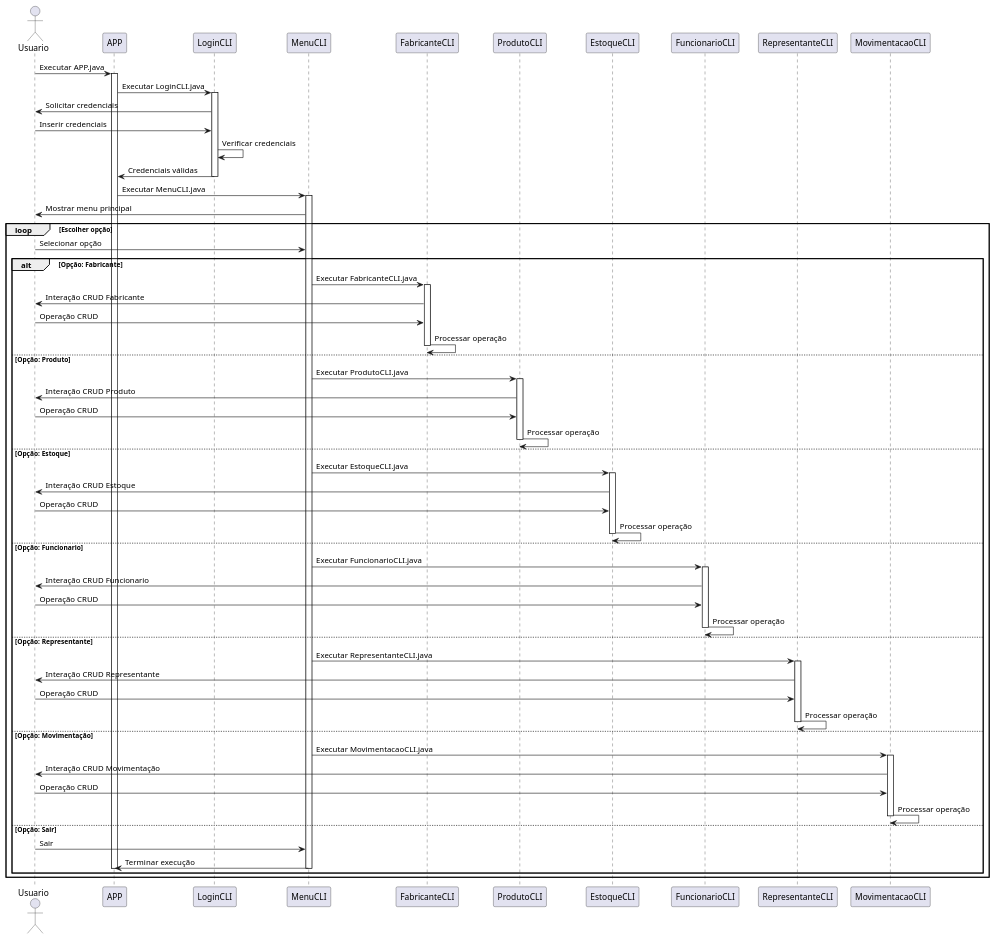
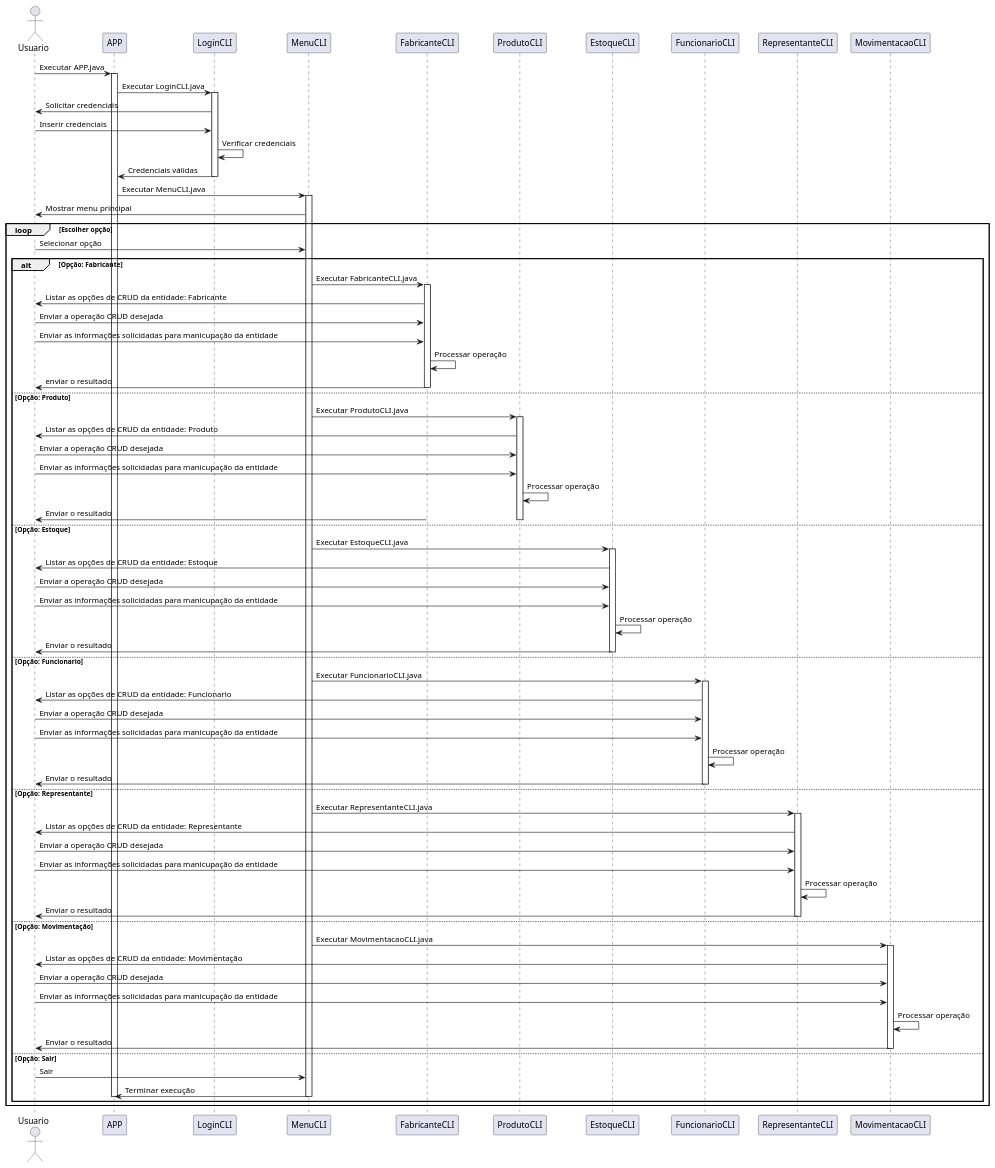
The diagram in docs/diagram/diagramadesequencia.puml (profjosedaniel/controledeestoque), drawn with PlantUML before and after one commit. The commit also changed 4 other files, not shown here.

```diff
--- a/docs/diagram/diagramadesequencia.puml
+++ b/docs/diagram/diagramadesequencia.puml
@@ -1,76 +1,88 @@
 @startuml
 actor Usuario
 participant APP
 participant LoginCLI
 participant MenuCLI
 participant FabricanteCLI
 participant ProdutoCLI
 participant EstoqueCLI
 participant FuncionarioCLI
 participant RepresentanteCLI
 participant MovimentacaoCLI
 
 Usuario -> APP: Executar APP.java
 activate APP
 APP -> LoginCLI: Executar LoginCLI.java
 activate LoginCLI
 LoginCLI -> Usuario: Solicitar credenciais
 Usuario -> LoginCLI: Inserir credenciais
 LoginCLI -> LoginCLI: Verificar credenciais
 LoginCLI -> APP: Credenciais válidas
 deactivate LoginCLI
 APP -> MenuCLI: Executar MenuCLI.java
 activate MenuCLI
 MenuCLI -> Usuario: Mostrar menu principal
 loop Escolher opção
     Usuario -> MenuCLI: Selecionar opção
     alt Opção: Fabricante
         MenuCLI -> FabricanteCLI: Executar FabricanteCLI.java
         activate FabricanteCLI
-        FabricanteCLI -> Usuario: Interação CRUD Fabricante
-        Usuario -> FabricanteCLI: Operação CRUD
+        FabricanteCLI -> Usuario: Listar as opções de CRUD da entidade: Fabricante
+        Usuario -> FabricanteCLI: Enviar a operação CRUD desejada
+        Usuario -> FabricanteCLI: Enviar as informações solicidadas para manicupação da entidade
         FabricanteCLI -> FabricanteCLI: Processar operação
+        FabricanteCLI -> Usuario:  enviar o resultado
         deactivate FabricanteCLI
     else Opção: Produto
         MenuCLI -> ProdutoCLI: Executar ProdutoCLI.java
         activate ProdutoCLI
-        ProdutoCLI -> Usuario: Interação CRUD Produto
-        Usuario -> ProdutoCLI: Operação CRUD
+        ProdutoCLI -> Usuario: Listar as opções de CRUD da entidade: Produto
+        Usuario -> ProdutoCLI: Enviar a operação CRUD desejada
+        Usuario -> ProdutoCLI: Enviar as informações solicidadas para manicupação da entidade
         ProdutoCLI -> ProdutoCLI: Processar operação
+        FabricanteCLI -> Usuario:  Enviar o resultado
         deactivate ProdutoCLI
     else Opção: Estoque
         MenuCLI -> EstoqueCLI: Executar EstoqueCLI.java
         activate EstoqueCLI
-        EstoqueCLI -> Usuario: Interação CRUD Estoque
-        Usuario -> EstoqueCLI: Operação CRUD
+        EstoqueCLI -> Usuario: Listar as opções de CRUD da entidade: Estoque
+        Usuario -> EstoqueCLI: Enviar a operação CRUD desejada
+        Usuario -> EstoqueCLI: Enviar as informações solicidadas para manicupação da entidade
         EstoqueCLI -> EstoqueCLI: Processar operação
+        EstoqueCLI -> Usuario: Enviar o resultado
         deactivate EstoqueCLI
     else Opção: Funcionario
         MenuCLI -> FuncionarioCLI: Executar FuncionarioCLI.java
         activate FuncionarioCLI
-        FuncionarioCLI -> Usuario: Interação CRUD Funcionario
-        Usuario -> FuncionarioCLI: Operação CRUD
+        FuncionarioCLI -> Usuario: Listar as opções de CRUD da entidade: Funcionario
+        Usuario -> FuncionarioCLI: Enviar a operação CRUD desejada
+        Usuario -> FuncionarioCLI: Enviar as informações solicidadas para manicupação da entidade
         FuncionarioCLI -> FuncionarioCLI: Processar operação
+        FuncionarioCLI -> Usuario: Enviar o resultado
         deactivate FuncionarioCLI
     else Opção: Representante
         MenuCLI -> RepresentanteCLI: Executar RepresentanteCLI.java
         activate RepresentanteCLI
-        RepresentanteCLI -> Usuario: Interação CRUD Representante
-        Usuario -> RepresentanteCLI: Operação CRUD
+        RepresentanteCLI -> Usuario: Listar as opções de CRUD da entidade: Representante
+        Usuario -> RepresentanteCLI: Enviar a operação CRUD desejada
+        Usuario -> RepresentanteCLI: Enviar as informações solicidadas para manicupação da entidade
         RepresentanteCLI -> RepresentanteCLI: Processar operação
+        RepresentanteCLI -> Usuario: Enviar o resultado
         deactivate RepresentanteCLI
     else Opção: Movimentação
         MenuCLI -> MovimentacaoCLI: Executar MovimentacaoCLI.java
         activate MovimentacaoCLI
-        MovimentacaoCLI -> Usuario: Interação CRUD Movimentação
-        Usuario -> MovimentacaoCLI: Operação CRUD
+        MovimentacaoCLI -> Usuario: Listar as opções de CRUD da entidade: Movimentação
+        Usuario -> MovimentacaoCLI: Enviar a operação CRUD desejada
+        Usuario -> MovimentacaoCLI: Enviar as informações solicidadas para manicupação da entidade
         MovimentacaoCLI -> MovimentacaoCLI: Processar operação
+        MovimentacaoCLI -> Usuario: Enviar o resultado
         deactivate MovimentacaoCLI
     else Opção: Sair
         Usuario -> MenuCLI: Sair
         MenuCLI -> APP: Terminar execução
         deactivate MenuCLI
         deactivate APP
     end
 end
 @enduml
```
